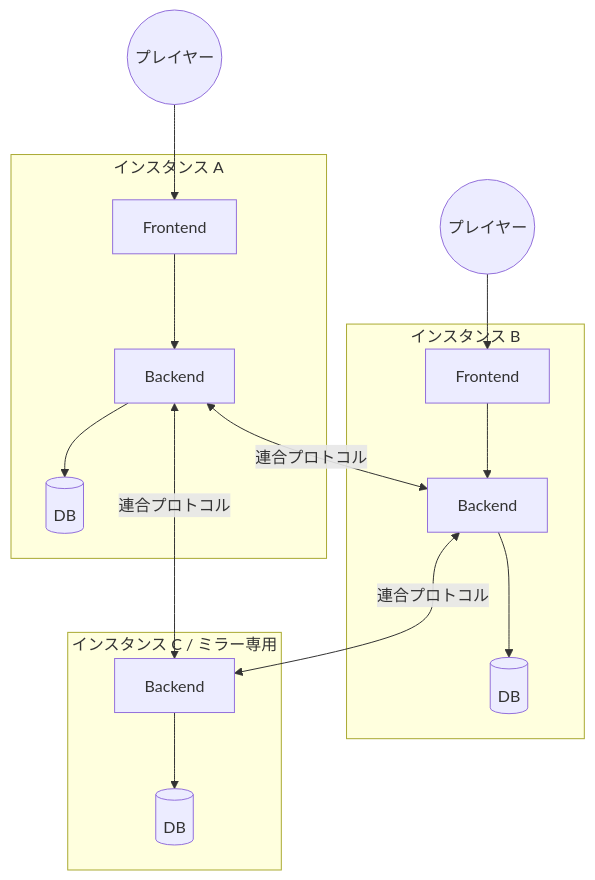
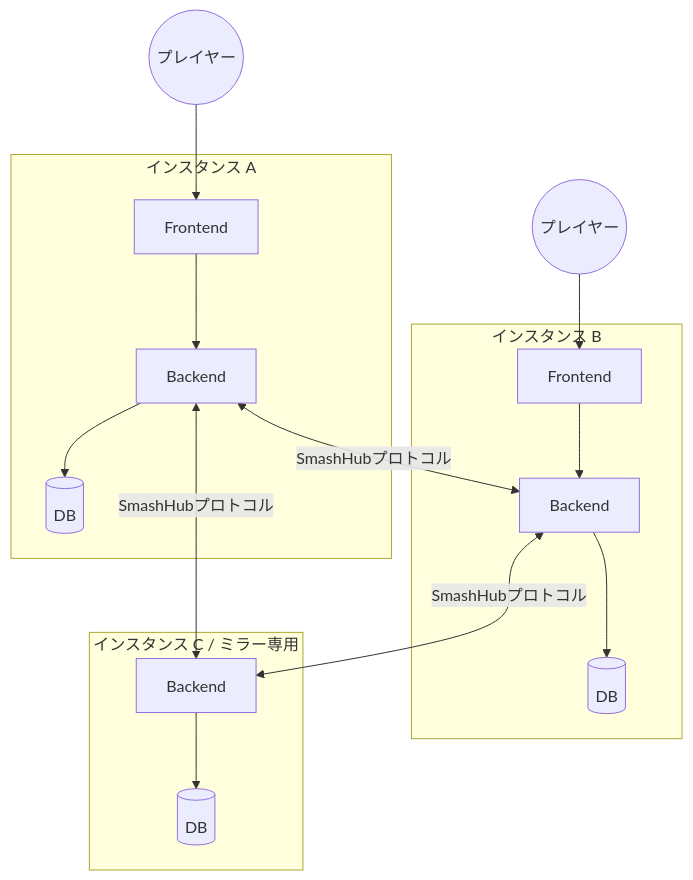
The first of 2 diagrams in docs/architecture/overview.md (tacky0612/smash-hub), drawn with Mermaid before and after one commit. The commit also changed other lines of this file and 81 other files, not shown here.

````diff
--- a/docs/architecture/overview.md
+++ b/docs/architecture/overview.md
@@ -9,19 +9,19 @@
 ```mermaid
 flowchart TB
   subgraph I1[インスタンス A]
     FE1[Frontend] --> BE1[Backend]
     BE1 --> DB1[(DB)]
   end
   subgraph I2[インスタンス B]
     FE2[Frontend] --> BE2[Backend]
     BE2 --> DB2[(DB)]
   end
   subgraph I3[インスタンス C / ミラー専用]
     BE3[Backend] --> DB3[(DB)]
   end
   P1((プレイヤー)) --> FE1
   P2((プレイヤー)) --> FE2
-  BE1 <-- 連合プロトコル --> BE2
-  BE2 <-- 連合プロトコル --> BE3
-  BE1 <-- 連合プロトコル --> BE3
+  BE1 <-- SmashHubプロトコル --> BE2
+  BE2 <-- SmashHubプロトコル --> BE3
+  BE1 <-- SmashHubプロトコル --> BE3
 ```
````
